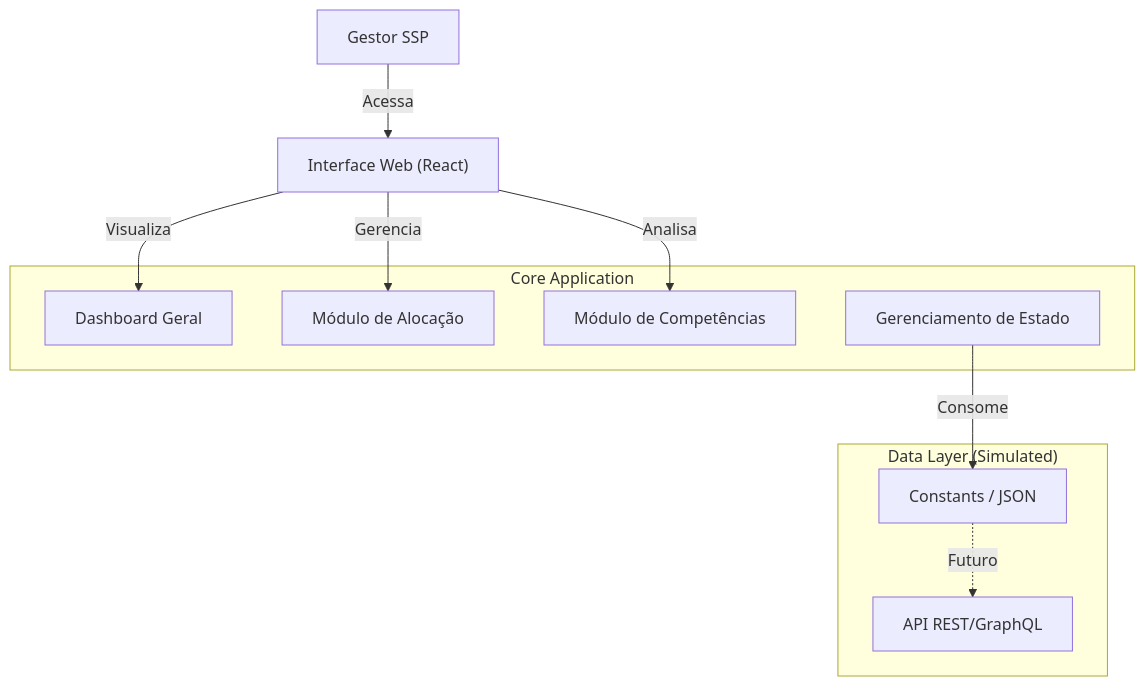
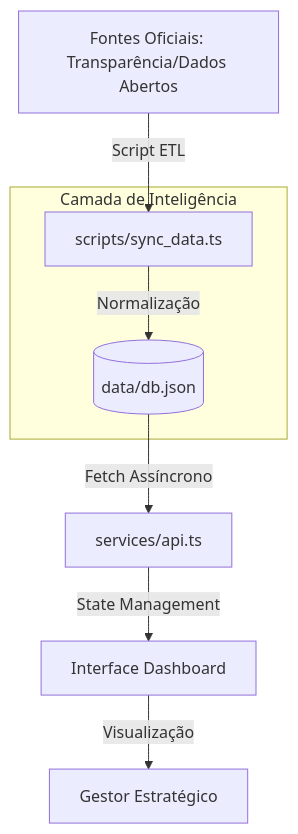
One commit to gabrieldantass5/Dashboard---PPT changed the diagram in README.md. Above: the diagram before and after it, drawn with Mermaid. The commit also changed other lines of this file and 6 other files, not shown here.

Commit message:
Docs & Data: Integrated real SSP-DF metrics, JSON-DB architecture, and dynamic README

````diff
--- a/README.md
+++ b/README.md
@@ -34,19 +23,13 @@
 ```mermaid
 graph TD
-    User["Gestor SSP"] -->|Acessa| UI["Interface Web (React)"]
-    UI -->|Visualiza| Overview["Dashboard Geral"]
-    UI -->|Gerencia| Alloc["Módulo de Alocação"]
-    UI -->|Analisa| Skills["Módulo de Competências"]
+    Gov[Fontes Oficiais: Transparência/Dados Abertos] -->|Script ETL| Sync[scripts/sync_data.ts]
+    Sync -->|Normalização| DB[(data/db.json)]
+    DB -->|Fetch Assíncrono| Service[services/api.ts]
+    Service -->|State Management| UI[Interface Dashboard]
+    UI -->|Visualização| User[Gestor Estratégico]
     
-    subgraph "Core Application"
-        Overview
-        Alloc
-        Skills
-        State["Gerenciamento de Estado"]
-    end
-    
-    subgraph "Data Layer (Simulated)"
-        State -->|Consome| MockData["Constants / JSON"]
-        MockData -.->|Futuro| API["API REST/GraphQL"]
+    subgraph "Camada de Inteligência"
+        Sync
+        DB
     end
 ```
````
